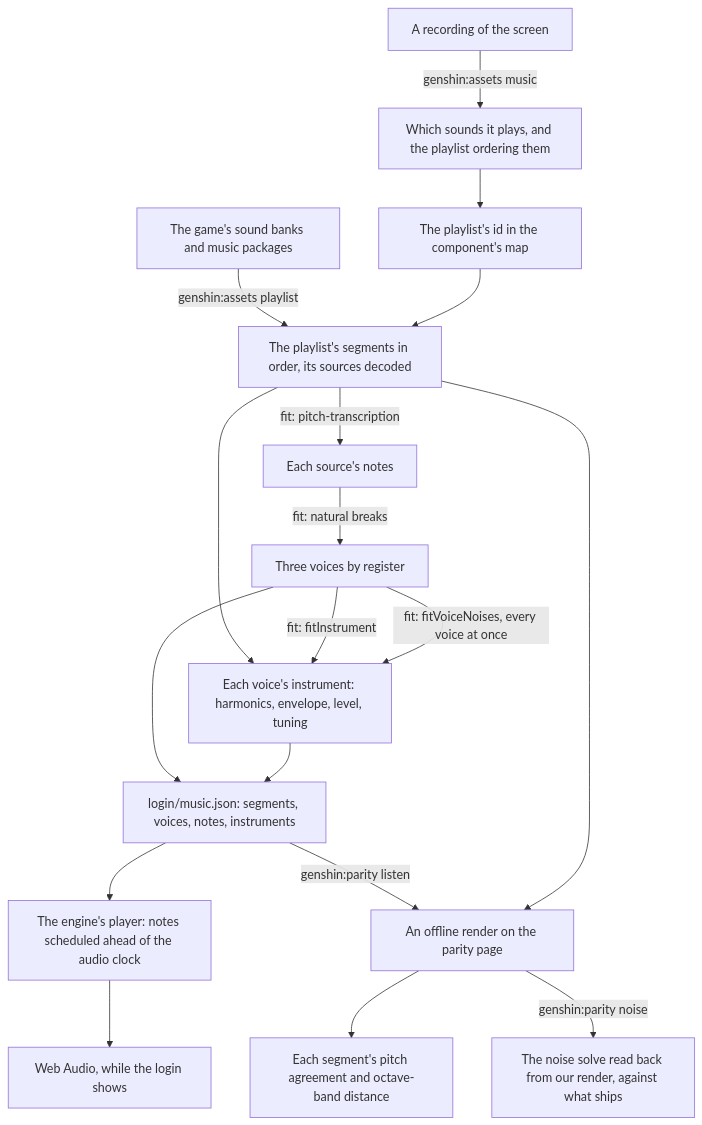
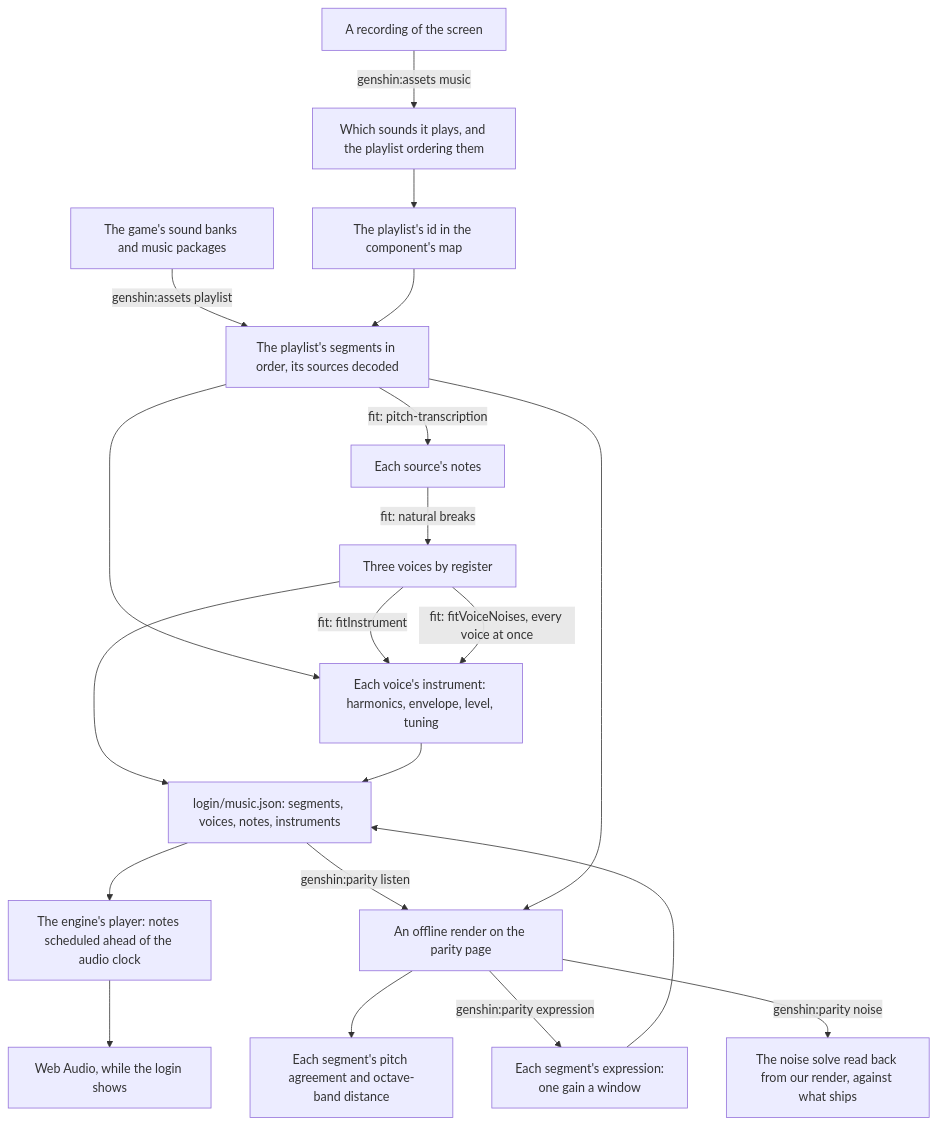
The diagram in apps/web/content/docs/genshin/music.md (Esposter/Esposter), drawn with Mermaid before and after one commit. The commit also changed other lines of this file and 57 other files, not shown here.

````diff
--- a/apps/web/content/docs/genshin/music.md
+++ b/apps/web/content/docs/genshin/music.md
@@ -12,20 +12,22 @@
 ```mermaid
 flowchart TD
   R["A recording of the screen"] -->|"genshin:assets music"| S["Which sounds it plays, and the playlist ordering them"]
   S --> M["The playlist's id in the component's map"]
   B["The game's sound banks and music packages"] -->|"genshin:assets playlist"| P["The playlist's segments in order, its sources decoded"]
   M --> P
   P -->|"fit: pitch-transcription"| N["Each source's notes"]
   N -->|"fit: natural breaks"| V["Three voices by register"]
   P --> I
   V -->|"fit: fitInstrument"| I["Each voice's instrument: harmonics, envelope, level, tuning"]
   V -->|"fit: fitVoiceNoises, every voice at once"| I
   V --> J["login/music.json: segments, voices, notes, instruments"]
   I --> J
   J --> E["The engine's player: notes scheduled ahead of the audio clock"]
   E --> W["Web Audio, while the login shows"]
   J -->|"genshin:parity listen"| L["An offline render on the parity page"]
   P --> L
   L --> C["Each segment's pitch agreement and octave-band distance"]
+  L -->|"genshin:parity expression"| X["Each segment's expression:<br/>one gain a window"]
+  X --> J
   L -->|"genshin:parity noise"| R2["The noise solve read back from our render, against what ships"]
 ```
````
